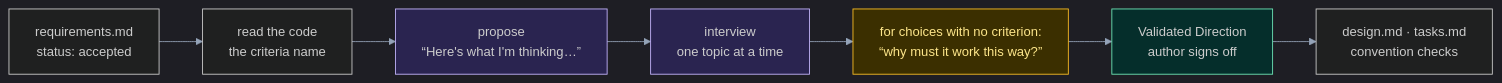
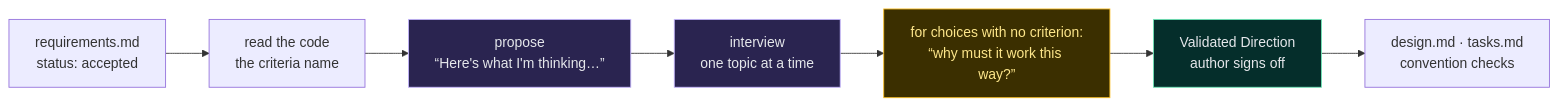
One commit to oztuck/yugastore-java changed the first of 4 diagrams in docs/sessions/2026-09-16-pricing-rules-design/deck/slides.md. Above: the diagram before and after it, drawn with Mermaid. The commit also changed other lines of this file and 6 other files, not shown here.

````diff
--- a/docs/sessions/2026-09-16-pricing-rules-design/deck/slides.md
+++ b/docs/sessions/2026-09-16-pricing-rules-design/deck/slides.md
@@ -25,14 +25,16 @@
 ```mermaid {scale: 0.55}
-%%{init: {'theme':'dark','themeVariables':{'primaryColor':'#1e293b','primaryBorderColor':'#7dd3fc','primaryTextColor':'#e5e7eb','lineColor':'#94a3b8','edgeLabelBackground':'#0b1020','fontSize':'15px'}}}%%
 flowchart LR
     R["requirements.md<br/>status: accepted"] --> C["read the code<br/>the criteria name"]
     C --> P["propose<br/>“Here's what I'm thinking…”"]
     P --> I["interview<br/>one topic at a time"]
     I --> W["for choices with no criterion:<br/>“why must it work this way?”"]
     W --> V["Validated Direction<br/>author signs off"]
     V --> D["design.md · tasks.md<br/>convention checks"]
-    style P fill:#2a2450,stroke:#c4b5fd
-    style I fill:#2a2450,stroke:#c4b5fd
-    style W fill:#3b2f00,stroke:#fbbf24,color:#fde68a
-    style V fill:#052e2b,stroke:#6ee7b7
+    %% highlight classes (hex on purpose: Mermaid renders in a shadow DOM and cannot see tokens.css)
+    classDef gold fill:#3b2f00,stroke:#fbbf24,color:#fde68a
+    classDef mint fill:#052e2b,stroke:#6ee7b7,color:#e5e7eb
+    classDef violet fill:#2a2450,stroke:#c4b5fd,color:#e5e7eb
+    class P,I violet
+    class W gold
+    class V mint
 ```
````
